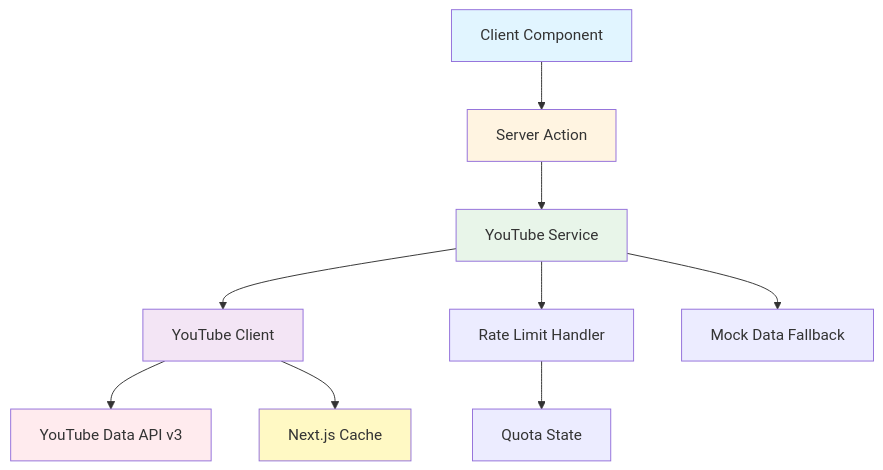
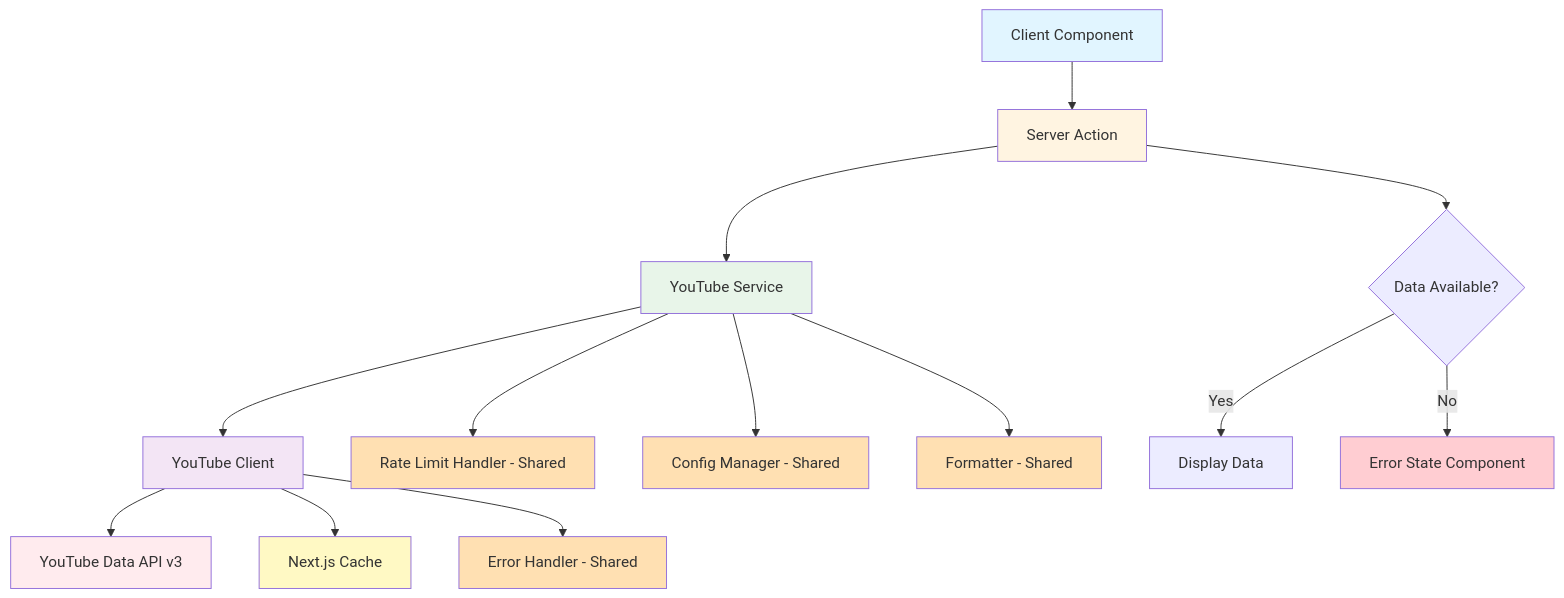
The first of 2 diagrams in .kiro/specs/youtube-metrics-integration/design.md (degui1/resume-next), drawn with Mermaid before and after one commit. The commit also changed other lines of this file and 20 other files, not shown here.

Commit message:
This feature integrates the YouTube Data API v3 to fetch and display real-time channel statistics and metrics for the portfolio website.

````diff
--- a/.kiro/specs/youtube-metrics-integration/design.md
+++ b/.kiro/specs/youtube-metrics-integration/design.md
@@ -22,18 +22,27 @@
 ```mermaid
 graph TD
     A[Client Component] --> B[Server Action]
     B --> C[YouTube Service]
     C --> D[YouTube Client]
-    C --> E[Rate Limit Handler]
-    C --> F[Mock Data Fallback]
+    C --> E[Rate Limit Handler - Shared]
+    C --> F[Config Manager - Shared]
     D --> G[YouTube Data API v3]
     D --> H[Next.js Cache]
-    E --> I[Quota State]
+    D --> I[Error Handler - Shared]
+    C --> J[Formatter - Shared]
+    B --> K{Data Available?}
+    K -->|Yes| L[Display Data]
+    K -->|No| M[Error State Component]
     
     style A fill:#e1f5ff
     style B fill:#fff4e1
     style C fill:#e8f5e9
     style D fill:#f3e5f5
+    style E fill:#ffe0b2
+    style F fill:#ffe0b2
+    style I fill:#ffe0b2
+    style J fill:#ffe0b2
     style G fill:#ffebee
     style H fill:#fff9c4
+    style M fill:#ffcdd2
 ```
````
